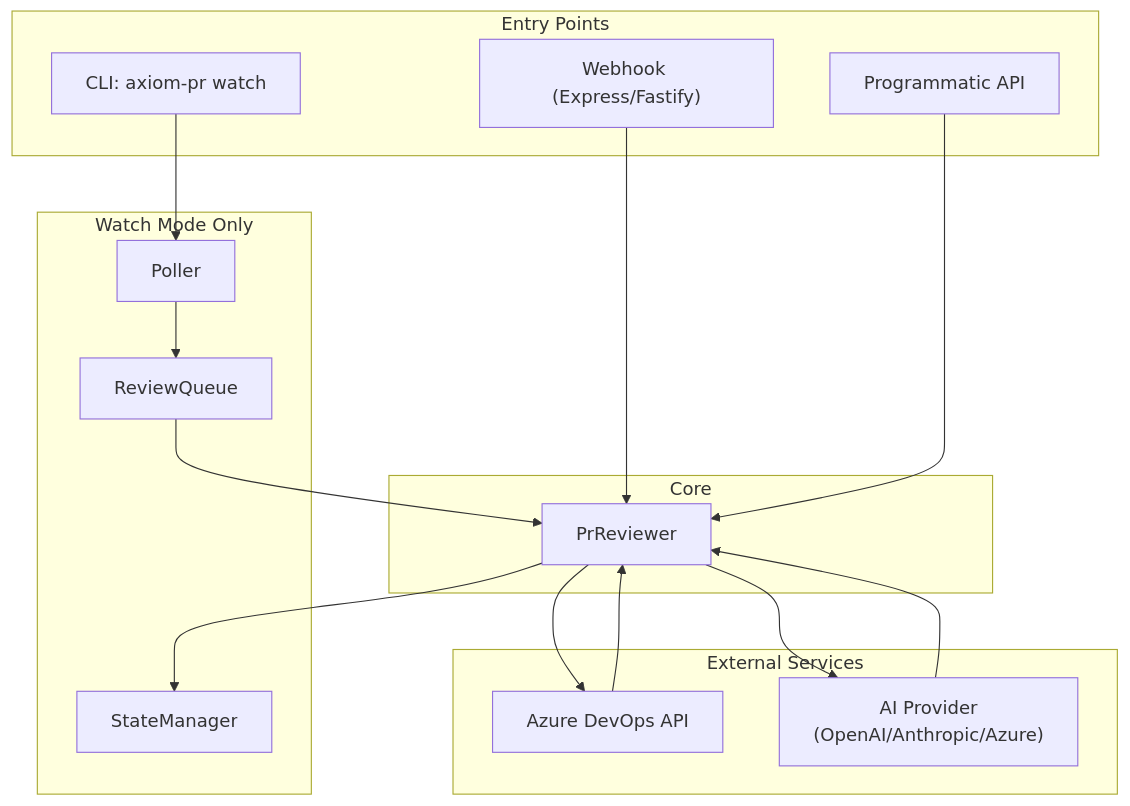
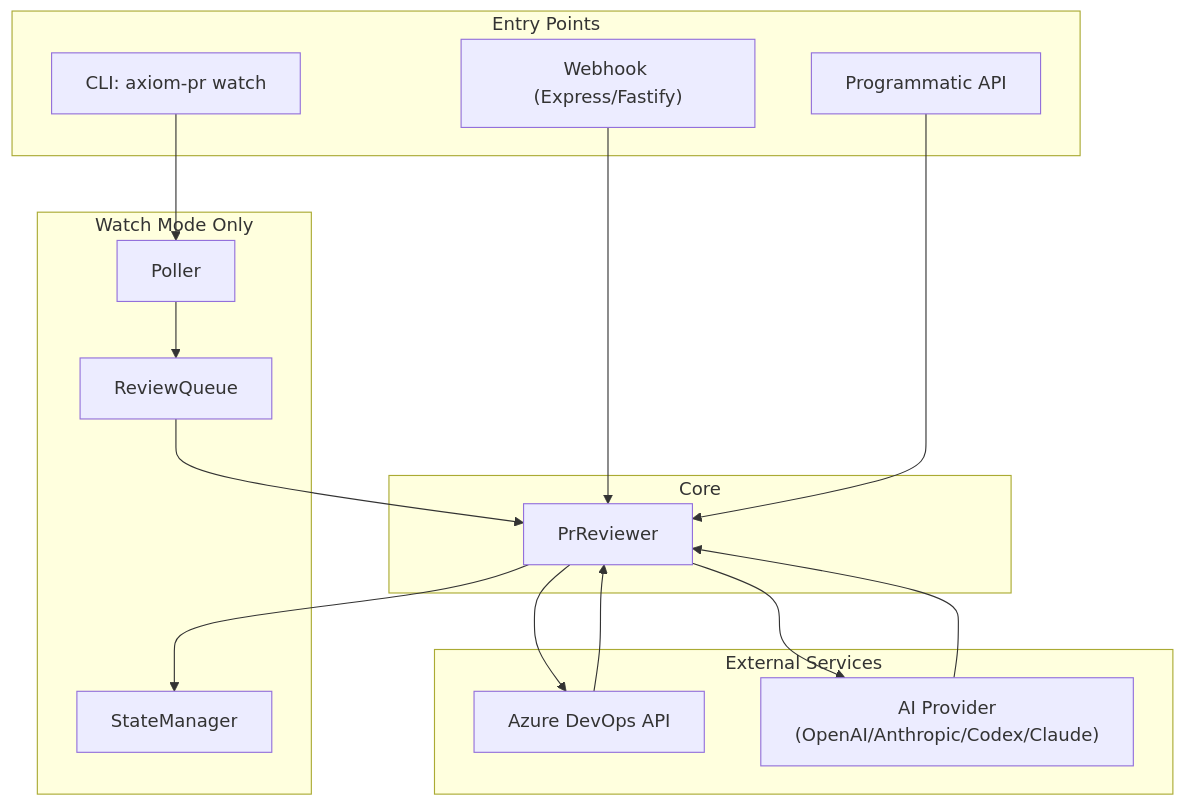
The diagram in docs/ARCHITECTURE.md (JohanBujari/ai-code-reviewer), drawn with Mermaid before and after one commit. The commit also changed other lines of this file and 44 other files, not shown here.

````diff
--- a/docs/ARCHITECTURE.md
+++ b/docs/ARCHITECTURE.md
@@ -5,35 +5,35 @@
 ```mermaid
 flowchart TB
     subgraph Triggers["Entry Points"]
         Webhook["Webhook (Express/Fastify)"]
         Watch["CLI: axiom-pr watch"]
         Direct["Programmatic API"]
     end
 
     subgraph WatchMode["Watch Mode Only"]
         Poller["Poller"]
         Queue["ReviewQueue"]
         State["StateManager"]
     end
 
     subgraph Core["Core"]
         Reviewer["PrReviewer"]
     end
 
     subgraph External["External Services"]
         ADO["Azure DevOps API"]
-        AI["AI Provider\n(OpenAI/Anthropic/Azure)"]
+        AI["AI Provider\n(OpenAI/Anthropic/Codex/Claude)"]
     end
 
     Webhook --> Reviewer
     Direct --> Reviewer
     Watch --> Poller
     Poller --> Queue
     Queue --> Reviewer
     Reviewer --> State
 
     Reviewer --> ADO
     Reviewer --> AI
     ADO --> Reviewer
     AI --> Reviewer
 ```
````
